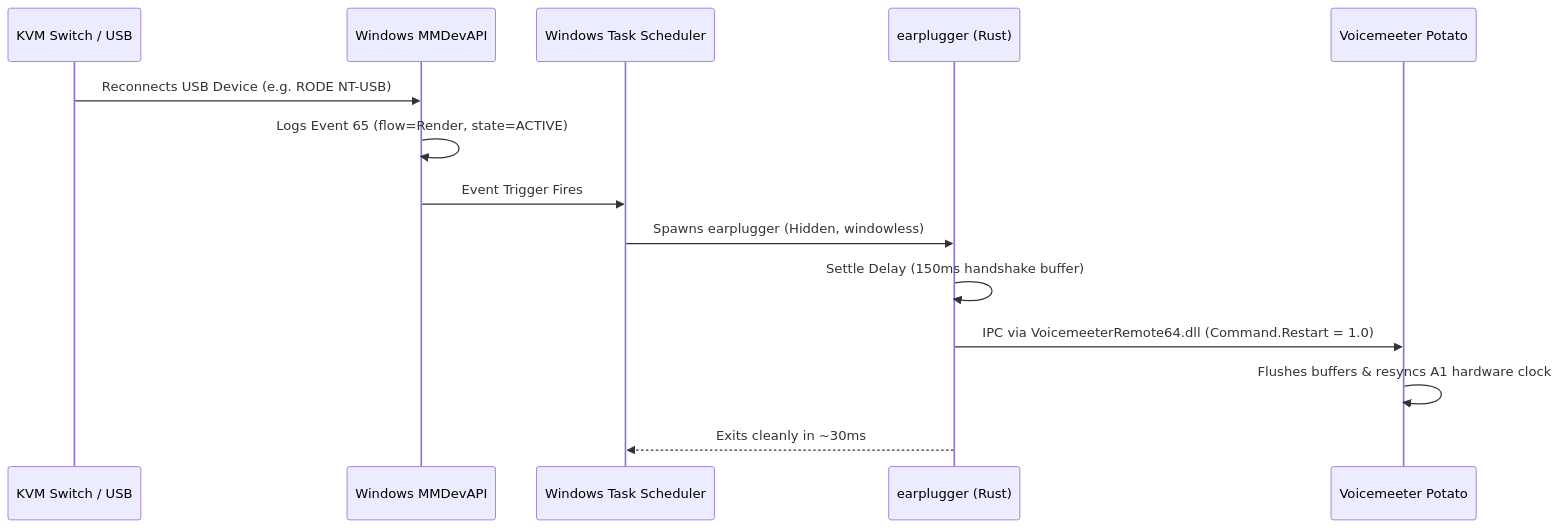
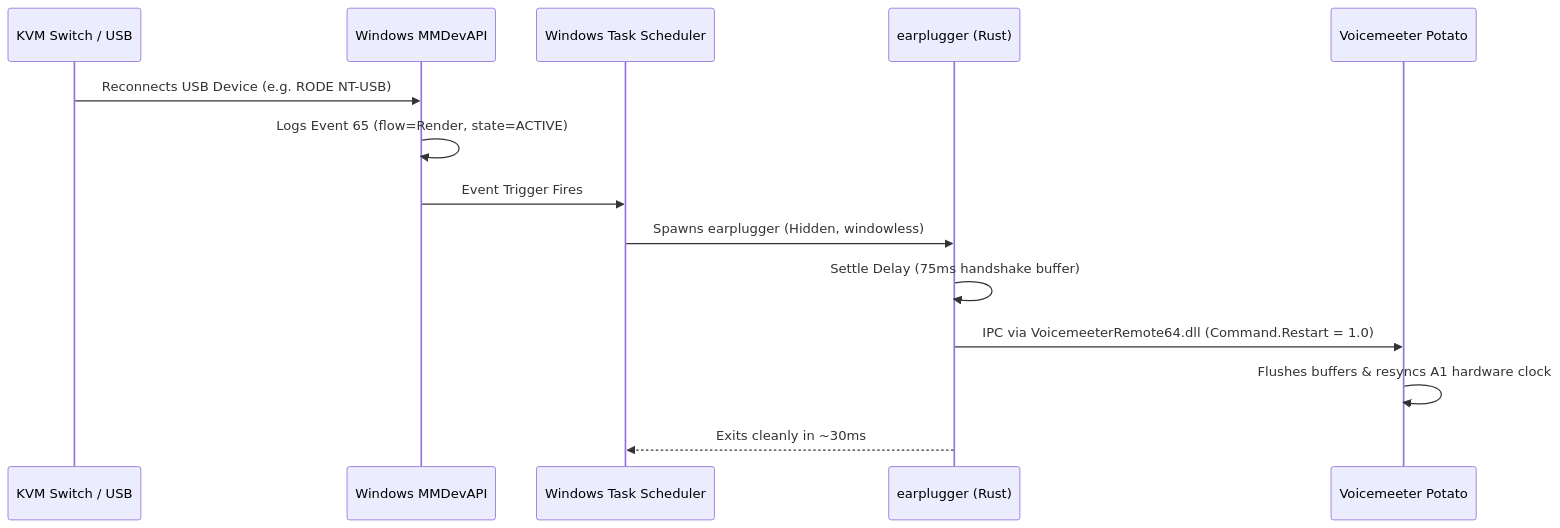
The diagram in README.md (johnathangallagher/earplugger), drawn with Mermaid before and after one commit. The commit also changed other lines of this file and 4 other files, not shown here.

````diff
--- a/README.md
+++ b/README.md
@@ -39,17 +39,17 @@
 ```mermaid
 sequenceDiagram
     participant KVM as KVM Switch / USB
     participant Win as Windows MMDevAPI
     participant Task as Windows Task Scheduler
     participant EP as earplugger (Rust)
     participant VM as Voicemeeter Potato
 
     KVM->>Win: Reconnects USB Device (e.g. RODE NT-USB)
     Win->>Win: Logs Event 65 (flow=Render, state=ACTIVE)
     Win->>Task: Event Trigger Fires
     Task->>EP: Spawns earplugger (Hidden, windowless)
-    EP->>EP: Settle Delay (150ms handshake buffer)
+    EP->>EP: Settle Delay (75ms handshake buffer)
     EP->>VM: IPC via VoicemeeterRemote64.dll (Command.Restart = 1.0)
     VM->>VM: Flushes buffers & resyncs A1 hardware clock
     EP-->>Task: Exits cleanly in ~30ms
 ```
````
